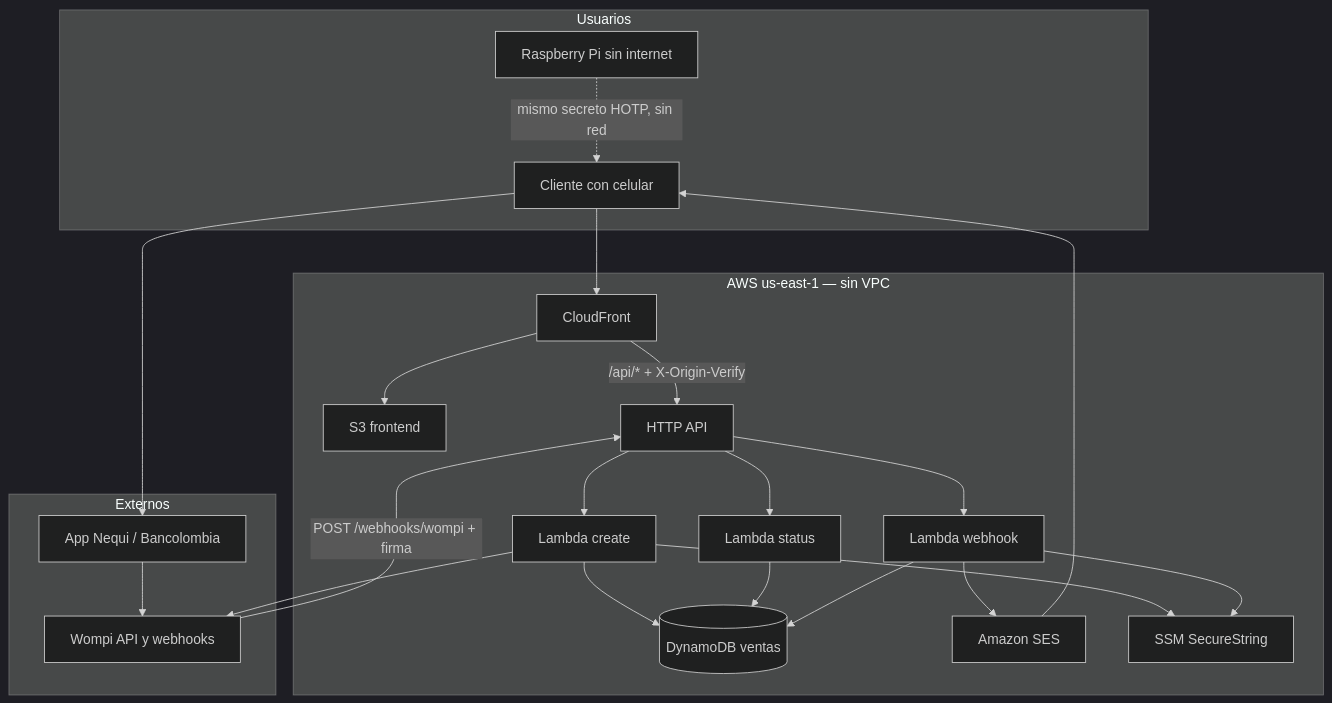
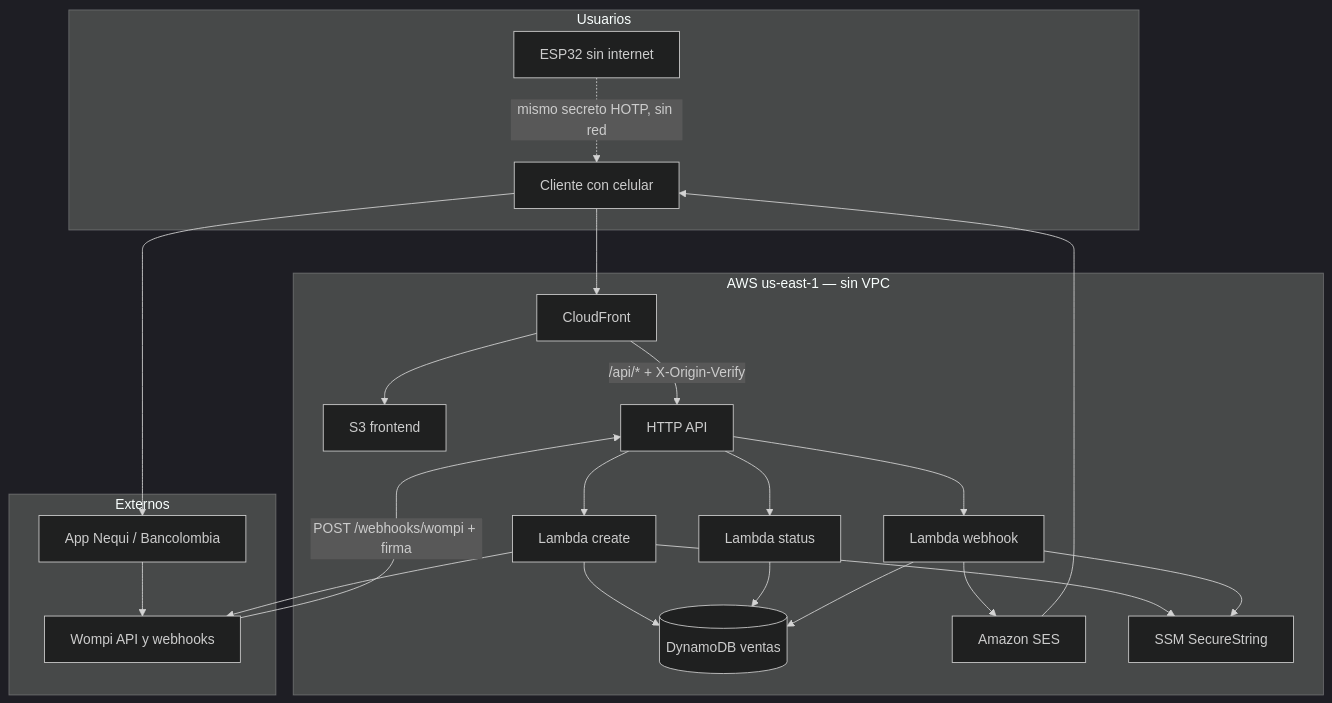
Before and after one commit to flexomeno/chiclera-wompi: the first of 2 diagrams in docs/diseno-infraestructura/03-arquitectura.md, drawn with Mermaid (dark theme). The commit also changed other lines of this file and 11 other files, not shown here.

````diff
--- a/docs/diseno-infraestructura/03-arquitectura.md
+++ b/docs/diseno-infraestructura/03-arquitectura.md
@@ -7,43 +7,43 @@
 ```mermaid
 flowchart TB
   subgraph usuarios [Usuarios]
     Cliente[Cliente con celular]
-    Caja[Raspberry Pi sin internet]
+    Caja[ESP32 sin internet]
   end
 
   subgraph aws [AWS us-east-1 — sin VPC]
     CF[CloudFront]
     S3[S3 frontend]
     API[HTTP API]
     LC[Lambda create]
     LG[Lambda status]
     LW[Lambda webhook]
     DDB[(DynamoDB ventas)]
     SES[Amazon SES]
     SSM[SSM SecureString]
   end
 
   subgraph externos [Externos]
     Wompi[Wompi API y webhooks]
     Banco[App Nequi / Bancolombia]
   end
 
   Cliente --> CF
   CF --> S3
   CF -->|"/api/* + X-Origin-Verify"| API
   Cliente --> Banco
   Banco --> Wompi
   Wompi -->|"POST /webhooks/wompi + firma"| API
   API --> LC
   API --> LG
   API --> LW
   LC --> Wompi
   LC --> DDB
   LC --> SSM
   LG --> DDB
   LW --> DDB
   LW --> SSM
   LW --> SES
   SES --> Cliente
   Caja -.->|"mismo secreto HOTP, sin red"| Cliente
 ```
````
